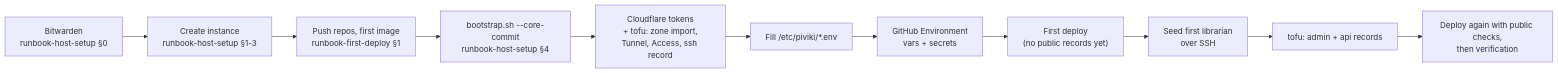
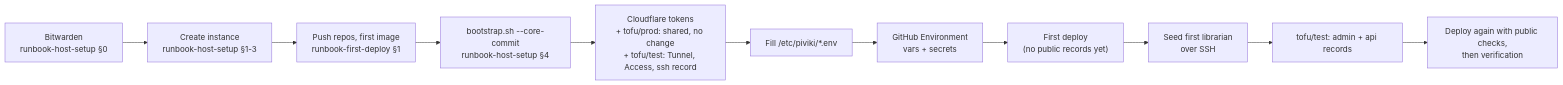
Before and after one commit to piviki-org/piviki-infra: the fourth of 4 diagrams in README.md, drawn with Mermaid. The commit also changed other lines of this file and 29 other files, not shown here.

First line of the commit message:
feat(tofu): split shared state from the test environment

````diff
--- a/README.md
+++ b/README.md
@@ -203,13 +219,13 @@
 ```mermaid
 flowchart LR
   z["Bitwarden<br/>runbook-host-setup §0"] --> a
   a["Create instance<br/>runbook-host-setup §1-3"] --> y["Push repos, first image<br/>runbook-first-deploy §1"]
   y --> b["bootstrap.sh --core-commit<br/>runbook-host-setup §4"]
-  b --> c["Cloudflare tokens<br/>+ tofu: zone import,<br/>Tunnel, Access, ssh record"]
+  b --> c["Cloudflare tokens<br/>+ tofu/prod: shared, no change<br/>+ tofu/test: Tunnel, Access, ssh record"]
   c --> d["Fill /etc/piviki/*.env"]
   d --> e["GitHub Environment<br/>vars + secrets"]
   e --> f["First deploy<br/>(no public records yet)"]
   f --> g["Seed first librarian<br/>over SSH"]
-  g --> h["tofu: admin + api records"]
+  g --> h["tofu/test: admin + api records"]
   h --> i["Deploy again with public checks,<br/>then verification"]
 ```
````
